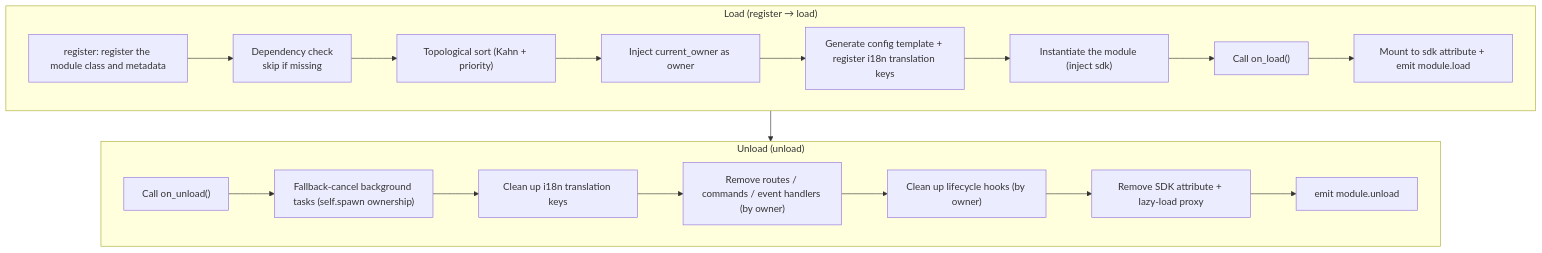
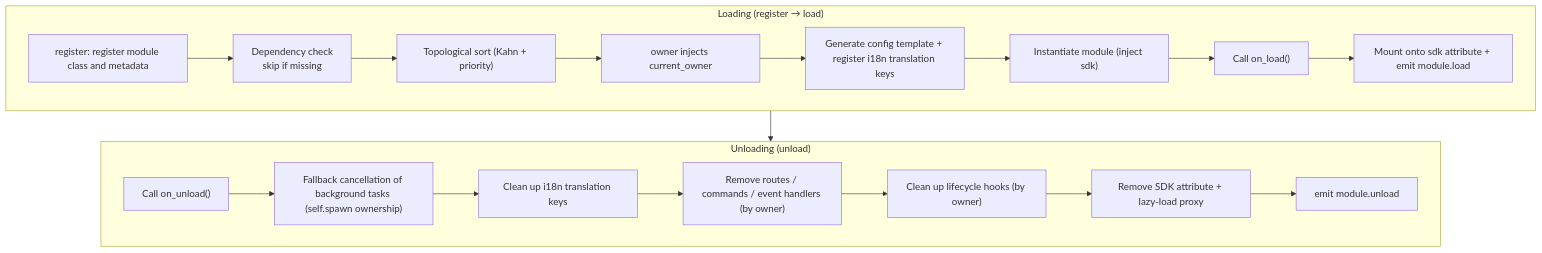
Before and after one commit to ErisPulse/ErisPulse: the first of 2 diagrams in docs/en/ai-support/skills/erispulse-module-dev/SKILL.md, drawn with Mermaid. The commit also changed other lines of this file and 194 other files, not shown here.

````diff
--- a/docs/en/ai-support/skills/erispulse-module-dev/SKILL.md
+++ b/docs/en/ai-support/skills/erispulse-module-dev/SKILL.md
@@ -342,23 +342,23 @@
 ```mermaid
 flowchart TD
-    subgraph Load["Load (register → load)"]
-        L1["register: register the module class and metadata"] --> L2["Dependency check<br/>skip if missing"]
+    subgraph Load["Loading (register → load)"]
+        L1["register: register module class and metadata"] --> L2["Dependency check<br/>skip if missing"]
         L2 --> L3["Topological sort (Kahn + priority)"]
-        L3 --> L4["Inject current_owner as owner"]
+        L3 --> L4["owner injects current_owner"]
         L4 --> L5["Generate config template + register i18n translation keys"]
-        L5 --> L6["Instantiate the module (inject sdk)"]
+        L5 --> L6["Instantiate module (inject sdk)"]
         L6 --> L7["Call on_load()"]
-        L7 --> L8["Mount to sdk attribute + emit module.load"]
+        L7 --> L8["Mount onto sdk attribute + emit module.load"]
     end
 
-    subgraph Unload["Unload (unload)"]
-        U1["Call on_unload()"] --> U2["Fallback-cancel background tasks (self.spawn ownership)"]
+    subgraph Unload["Unloading (unload)"]
+        U1["Call on_unload()"] --> U2["Fallback cancellation of background tasks (self.spawn ownership)"]
         U2 --> U3["Clean up i18n translation keys"]
         U3 --> U4["Remove routes / commands / event handlers (by owner)"]
         U4 --> U5["Clean up lifecycle hooks (by owner)"]
         U5 --> U6["Remove SDK attribute + lazy-load proxy"]
         U6 --> U7["emit module.unload"]
     end
 
     Load --> Unload
 ```
````
